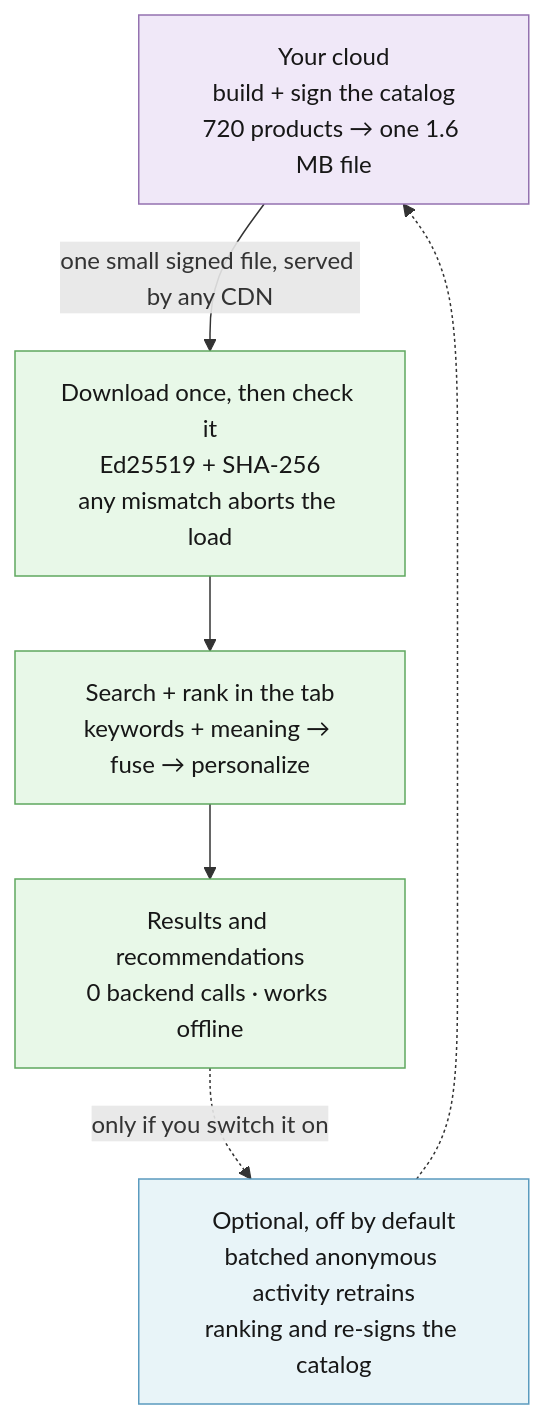
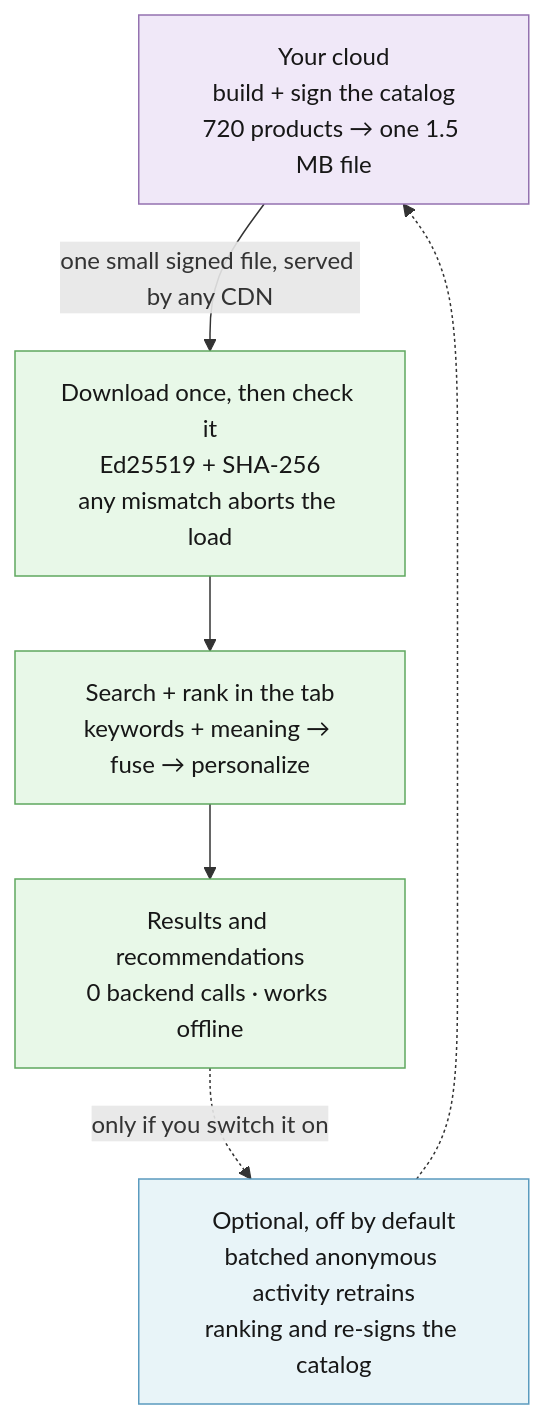
Before and after one commit to hseshadr/edge-reco: the diagram in README.md, drawn with Mermaid. The commit also changed other lines of this file and 6 other files, not shown here.

````diff
--- a/README.md
+++ b/README.md
@@ -198,20 +206,20 @@
 ```mermaid
 flowchart TB
-  build["Your cloud<br>build + sign the catalog<br>720 products → one 1.6 MB file"]
+  build["Your cloud<br>build + sign the catalog<br>720 products → one 1.5 MB file"]
   sync["Download once, then check it<br>Ed25519 + SHA-256<br>any mismatch aborts the load"]
   engine["Search + rank in the tab<br>keywords + meaning → fuse → personalize"]
   recs["Results and recommendations<br>0 backend calls · works offline"]
   learn["Optional, off by default<br>batched anonymous activity retrains<br>ranking and re-signs the catalog"]
 
   build -->|"one small signed file, served by any CDN"| sync
   sync --> engine --> recs
   recs -.->|"only if you switch it on"| learn
   learn -.-> build
 
   classDef cloud fill:#f0e8f8,stroke:#9472b0,color:#171717;
   classDef device fill:#e8f8e8,stroke:#5fa85f,color:#171717;
   classDef opt fill:#e8f4f8,stroke:#5b9bbf,color:#171717;
   class build cloud;
   class sync,engine,recs device;
   class learn opt;
 ```
````
